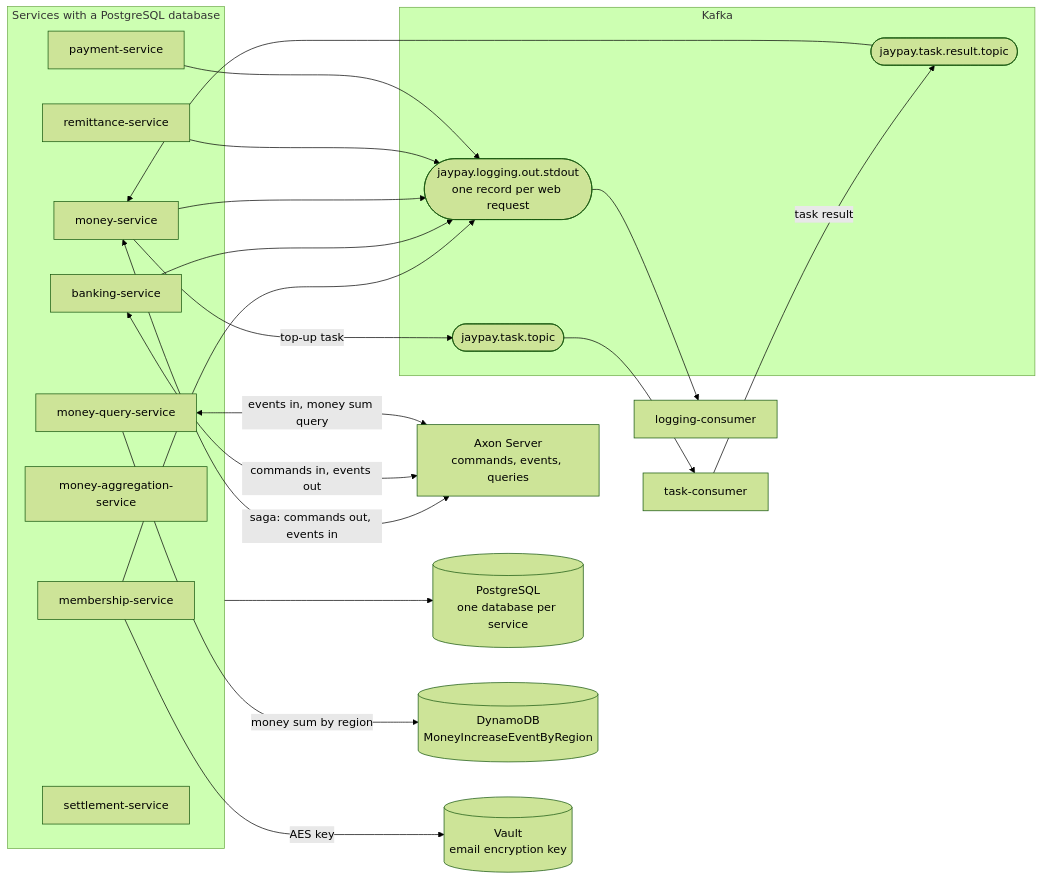
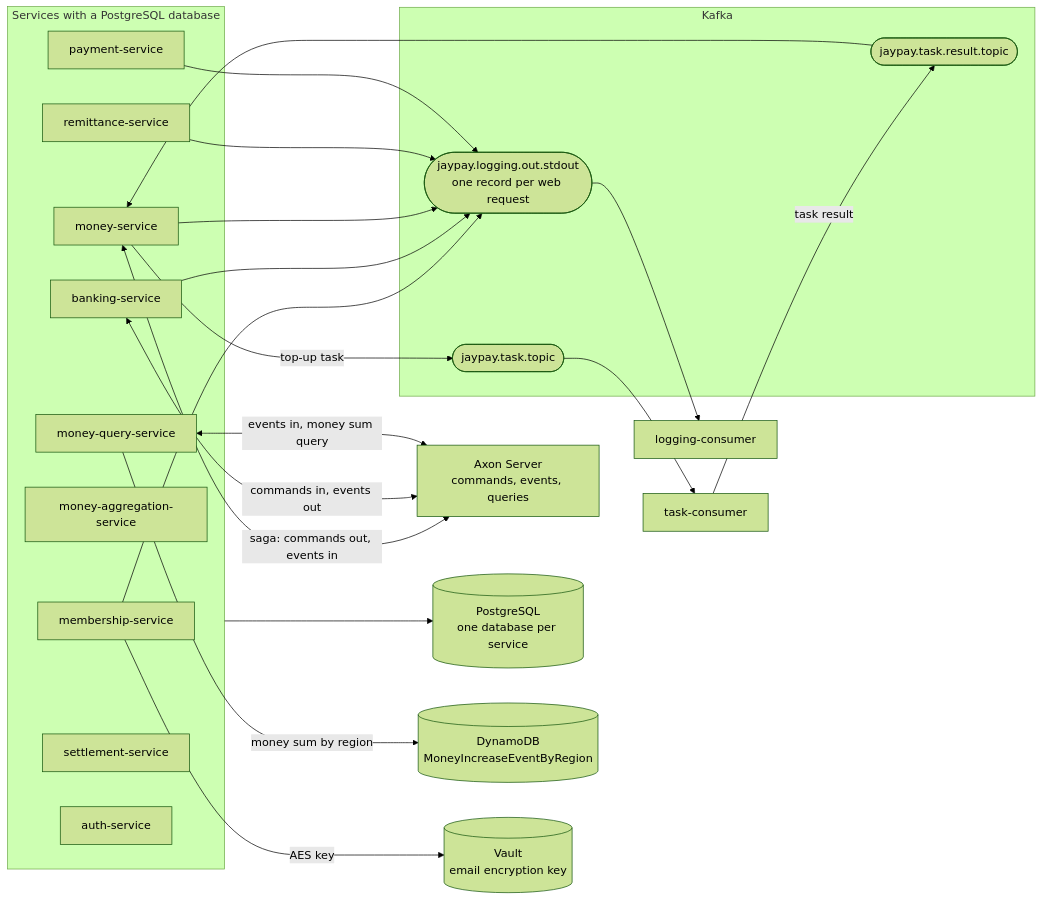
The second of 4 diagrams in README.md (chrysaor/JayPay), drawn with Mermaid (forest theme) before and after one commit. The commit also changed other lines of this file and 3 other files, not shown here.

First line of the commit message:
docs: describe staff sign-in, the roles and auth-service

````diff
--- a/README.md
+++ b/README.md
@@ -51,38 +53,39 @@
 ```mermaid
 flowchart LR
     subgraph services["Services with a PostgreSQL database"]
         membership["membership-service"]
         banking["banking-service"]
         money["money-service"]
         remittance["remittance-service"]
         payment["payment-service"]
         aggregation["money-aggregation-service"]
         query["money-query-service"]
         settlement["settlement-service"]
+        auth["auth-service"]
     end
 
     subgraph kafka["Kafka"]
         task(["jaypay.task.topic"])
         result(["jaypay.task.result.topic"])
         logs(["jaypay.logging.out.stdout<br/>one record per web request"])
     end
 
     taskConsumer["task-consumer"]
     loggingConsumer["logging-consumer"]
     axon["Axon Server<br/>commands, events, queries"]
     postgres[("PostgreSQL<br/>one database per service")]
     dynamodb[("DynamoDB<br/>MoneyIncreaseEventByRegion")]
     vault[("Vault<br/>email encryption key")]
 
     money -- "top-up task" --> task --> taskConsumer
     taskConsumer -- "task result" --> result --> money
     membership & banking & money & remittance & payment --> logs --> loggingConsumer
 
     money <-- "saga: commands out, events in" --> axon
     banking <-- "commands in, events out" --> axon
     query <-- "events in, money sum query" --> axon
 
     services --> postgres
     query -- "money sum by region" --> dynamodb
     membership -- "AES key" --> vault
 ```
````
